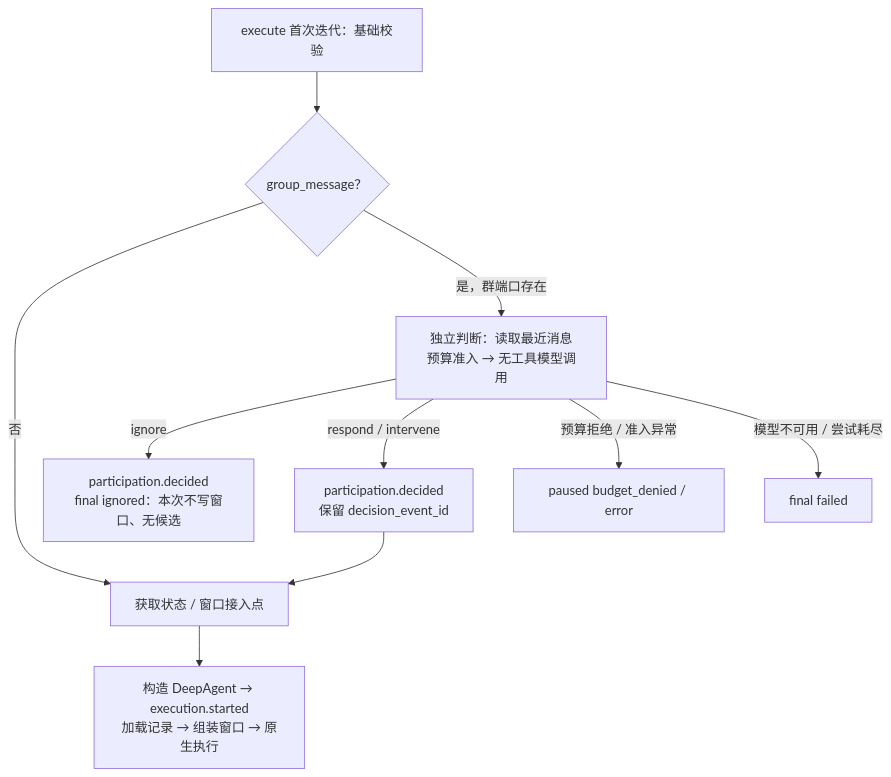
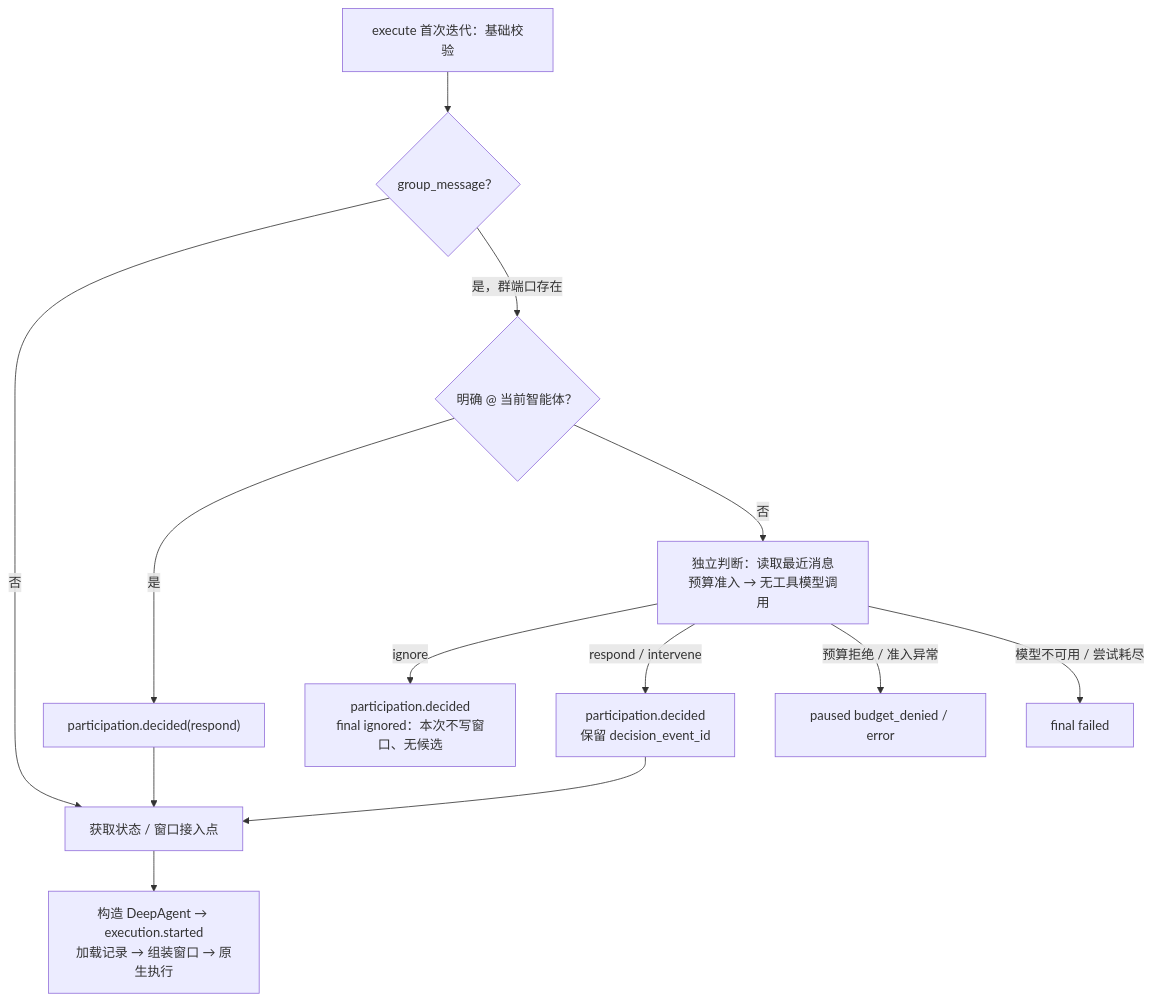
Before and after one commit to openJiuwen-ai/agent-core: the first of 2 diagrams in openjiuwen/harness/persistent_agent/docs/features/F_07_group-participation.md, drawn with Mermaid. The commit also changed other lines of this file and 5 other files, not shown here.

````diff
--- a/openjiuwen/harness/persistent_agent/docs/features/F_07_group-participation.md
+++ b/openjiuwen/harness/persistent_agent/docs/features/F_07_group-participation.md
@@ -50,12 +50,14 @@
 ```mermaid
 flowchart TD
     E["execute 首次迭代：基础校验"] --> K{"group_message？"}
     K -->|否| B["获取状态 / 窗口接入点"]
-    K -->|是，群端口存在| J["独立判断：读取最近消息<br/>预算准入 → 无工具模型调用"]
+    K -->|是，群端口存在| M{"明确 @ 当前智能体？"}
+    M -->|是| D["participation.decided(respond)"] --> B
+    M -->|否| J["独立判断：读取最近消息<br/>预算准入 → 无工具模型调用"]
     J -->|ignore| I["participation.decided<br/>final ignored：本次不写窗口、无候选"]
-    J -->|respond / intervene| D["participation.decided<br/>保留 decision_event_id"]
-    D --> B
+    J -->|respond / intervene| R["participation.decided<br/>保留 decision_event_id"]
+    R --> B
     J -->|预算拒绝 / 准入异常| P["paused budget_denied / error"]
     J -->|模型不可用 / 尝试耗尽| F["final failed"]
     B --> A["构造 DeepAgent → execution.started<br/>加载记录 → 组装窗口 → 原生执行"]
 ```
````
